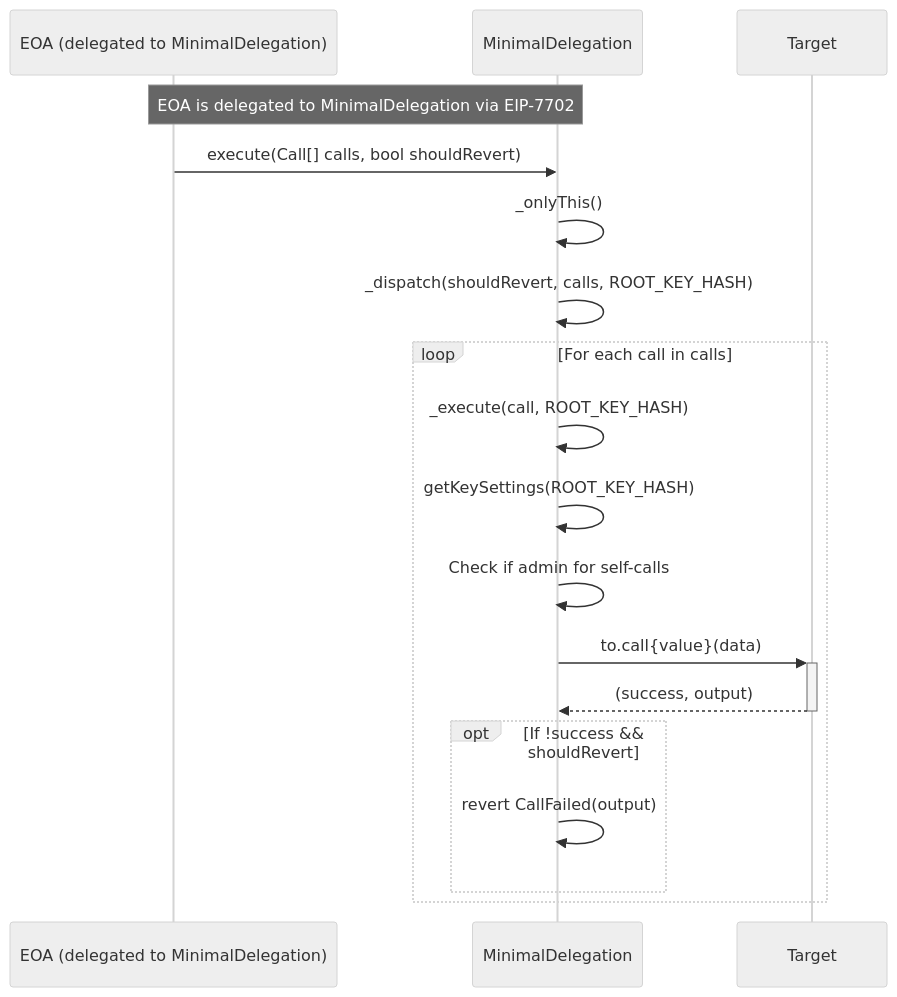
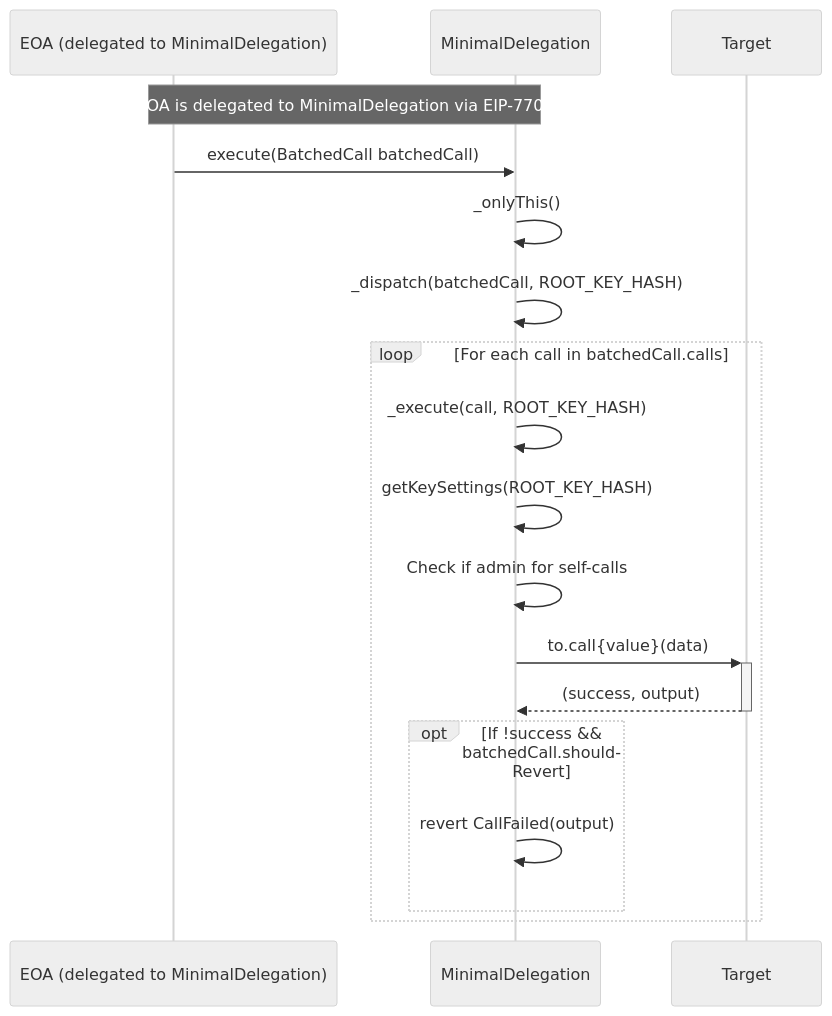
One commit to Uniswap/minimal-delegation changed the second of 6 diagrams in README.md. Above: the diagram before and after it, drawn with Mermaid (neutral theme). The commit also changed other lines of this file and 3 other files, not shown here.

````diff
--- a/README.md
+++ b/README.md
@@ -57,21 +57,21 @@
 ```mermaid
 sequenceDiagram
     participant SignerAccount as EOA (delegated to MinimalDelegation)
     participant Account as MinimalDelegation
     participant Target
     
     Note over SignerAccount, Account: EOA is delegated to MinimalDelegation via EIP-7702
-    SignerAccount->>Account: execute(Call[] calls, bool shouldRevert)
+    SignerAccount->>Account: execute(BatchedCall batchedCall)
     Account->>Account: _onlyThis()
-    Account->>Account: _dispatch(shouldRevert, calls, ROOT_KEY_HASH)
-    loop For each call in calls
+    Account->>Account: _dispatch(batchedCall, ROOT_KEY_HASH)
+    loop For each call in batchedCall.calls
         Account->>Account: _execute(call, ROOT_KEY_HASH)
         Account->>Account: getKeySettings(ROOT_KEY_HASH)
         Account->>Account: Check if admin for self-calls
         Account->>+Target: to.call{value}(data)
         Target-->>-Account: (success, output)
-        opt If !success && shouldRevert
+        opt If !success && batchedCall.shouldRevert
             Account->>Account: revert CallFailed(output)
         end
     end
 ```
````
